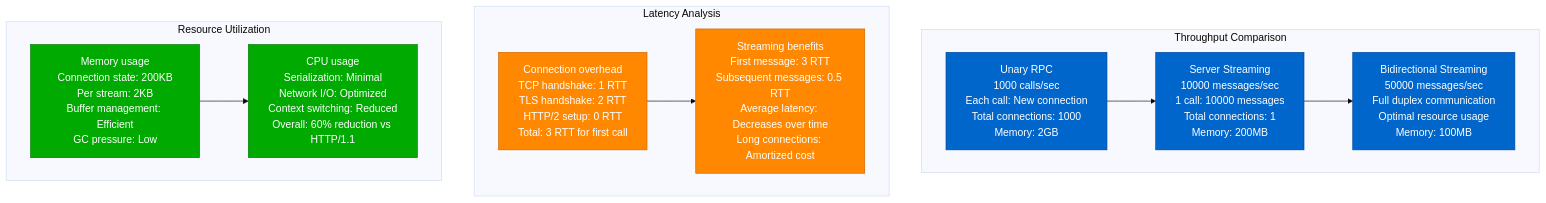
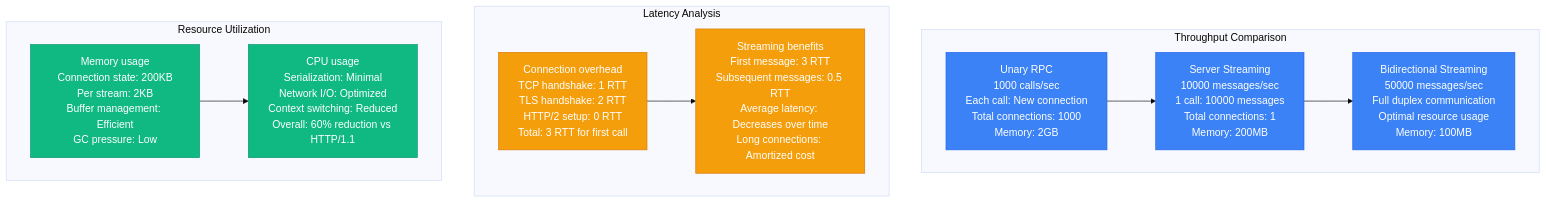
One commit to deepaucksharma/DS changed the sixth of 13 diagrams in site/docs/performance/grpc-performance-profile.md. Above: the diagram before and after it, drawn with Mermaid (base theme). The commit also changed other lines of this file and 303 other files, not shown here.

````diff
--- a/site/docs/performance/grpc-performance-profile.md
+++ b/site/docs/performance/grpc-performance-profile.md
@@ -234,36 +234,36 @@
 ```mermaid
 graph TB
     subgraph "Throughput Comparison"
         THROUGHPUT1[Unary RPC<br/>1000 calls/sec<br/>Each call: New connection<br/>Total connections: 1000<br/>Memory: 2GB]
 
         THROUGHPUT2[Server Streaming<br/>10000 messages/sec<br/>1 call: 10000 messages<br/>Total connections: 1<br/>Memory: 200MB]
 
         THROUGHPUT3[Bidirectional Streaming<br/>50000 messages/sec<br/>Full duplex communication<br/>Optimal resource usage<br/>Memory: 100MB]
 
         THROUGHPUT1 --> THROUGHPUT2 --> THROUGHPUT3
     end
 
     subgraph "Latency Analysis"
         LATENCY1[Connection overhead<br/>TCP handshake: 1 RTT<br/>TLS handshake: 2 RTT<br/>HTTP/2 setup: 0 RTT<br/>Total: 3 RTT for first call]
 
         LATENCY2[Streaming benefits<br/>First message: 3 RTT<br/>Subsequent messages: 0.5 RTT<br/>Average latency: Decreases over time<br/>Long connections: Amortized cost]
 
         LATENCY1 --> LATENCY2
     end
 
     subgraph "Resource Utilization"
         RESOURCE1[Memory usage<br/>Connection state: 200KB<br/>Per stream: 2KB<br/>Buffer management: Efficient<br/>GC pressure: Low]
 
         RESOURCE2[CPU usage<br/>Serialization: Minimal<br/>Network I/O: Optimized<br/>Context switching: Reduced<br/>Overall: 60% reduction vs HTTP/1.1]
 
         RESOURCE1 --> RESOURCE2
     end
 
-    classDef throughputStyle fill:#0066CC,stroke:#004499,color:#fff
-    classDef latencyStyle fill:#FF8800,stroke:#CC6600,color:#fff
-    classDef resourceStyle fill:#00AA00,stroke:#007700,color:#fff
+    classDef throughputStyle fill:#3B82F6,stroke:#2563EB,color:#fff
+    classDef latencyStyle fill:#F59E0B,stroke:#D97706,color:#fff
+    classDef resourceStyle fill:#10B981,stroke:#059669,color:#fff
 
     class THROUGHPUT1,THROUGHPUT2,THROUGHPUT3 throughputStyle
     class LATENCY1,LATENCY2 latencyStyle
     class RESOURCE1,RESOURCE2 resourceStyle
 ```
````
